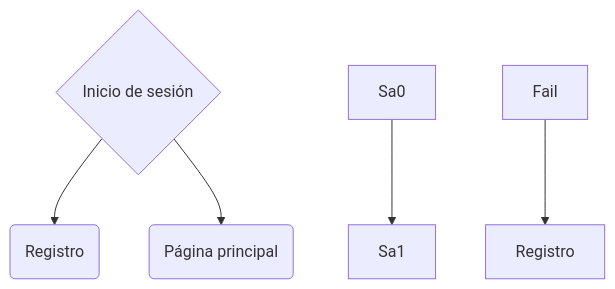
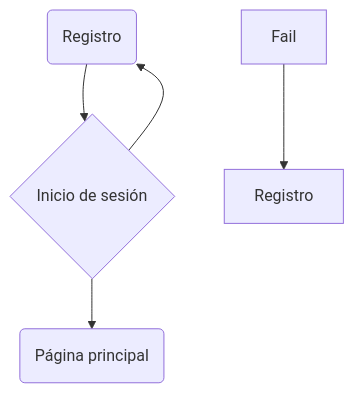
Before and after one commit to jonathanahf/Mission-FrontEnd: the diagram in Practicas_de_Intro_a_Frontend/requerimientos.md, drawn with Mermaid.

Commit message:
Cambios avance1

````diff
--- a/Practicas_de_Intro_a_Frontend/requerimientos.md
+++ b/Practicas_de_Intro_a_Frontend/requerimientos.md
@@ -58,11 +58,11 @@
 ```mermaid
 graph TD;
     sa0(Registro)
     sa1{Inicio de sesión}
     sa2(Página principal)
-    Sa0-->Sa1;
+    sa0-->sa1;
     sa1-->sa0;
     sa1-->sa2;
     Fail-->Registro;
     
 ```
````
